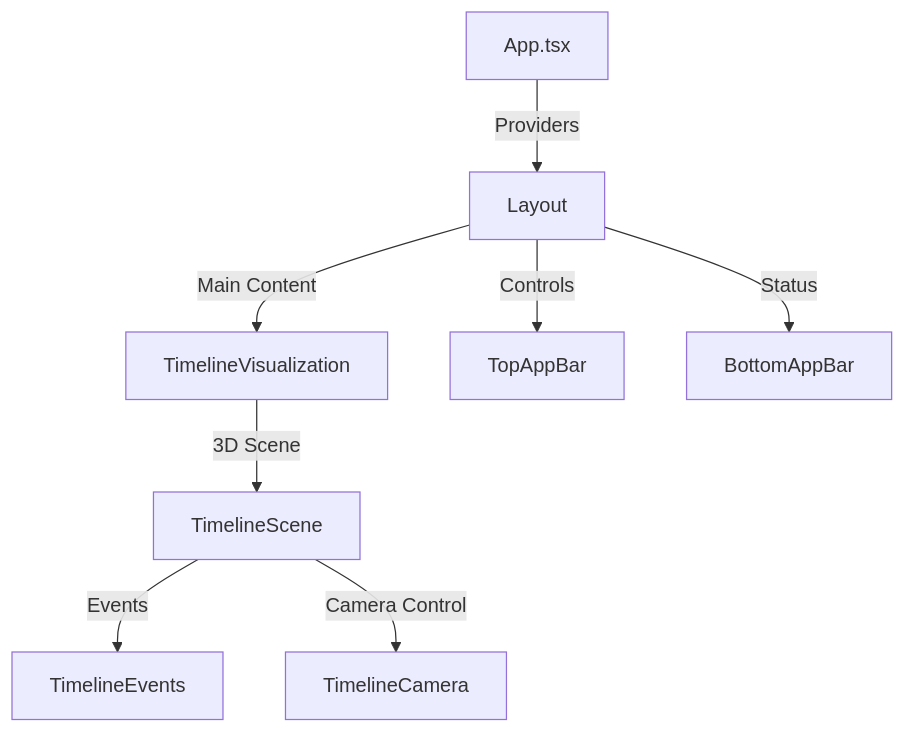
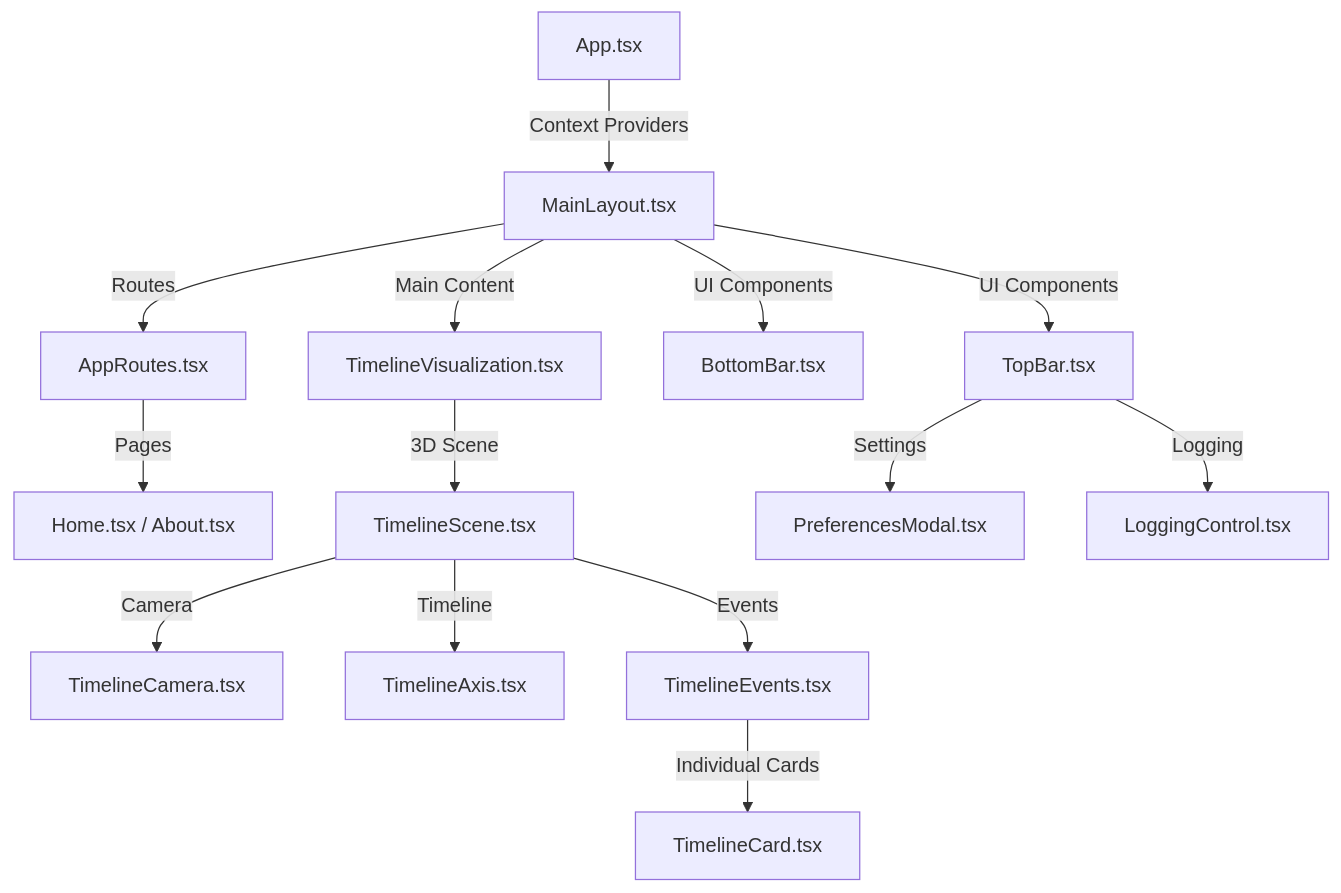
The second of 3 diagrams in docs/architecture.md (fwornle/timeline), drawn with Mermaid before and after one commit. The commit also changed other lines of this file and 3 other files, not shown here.

````diff
--- a/docs/architecture.md
+++ b/docs/architecture.md
@@ -21,10 +37,19 @@
 ```mermaid
 graph TD
-    App[App.tsx] -->|Providers| Layout[Layout]
-    Layout -->|Main Content| TV[TimelineVisualization]
-    TV -->|3D Scene| TS[TimelineScene]
-    TS -->|Events| TE[TimelineEvents]
-    TS -->|Camera Control| TC[TimelineCamera]
-    Layout -->|Controls| TAB[TopAppBar]
-    Layout -->|Status| BAB[BottomAppBar]
+    A[App.tsx] -->|Context Providers| B[MainLayout.tsx]
+    B -->|Routes| C[AppRoutes.tsx]
+    C -->|Pages| D[Home.tsx / About.tsx]
+
+    B -->|UI Components| E[TopBar.tsx]
+    B -->|UI Components| F[BottomBar.tsx]
+    B -->|Main Content| G[TimelineVisualization.tsx]
+
+    G -->|3D Scene| H[TimelineScene.tsx]
+    H -->|Camera| I[TimelineCamera.tsx]
+    H -->|Timeline| J[TimelineAxis.tsx]
+    H -->|Events| K[TimelineEvents.tsx]
+    K -->|Individual Cards| L[TimelineCard.tsx]
+
+    E -->|Settings| M[PreferencesModal.tsx]
+    E -->|Logging| N[LoggingControl.tsx]
 ```
````
